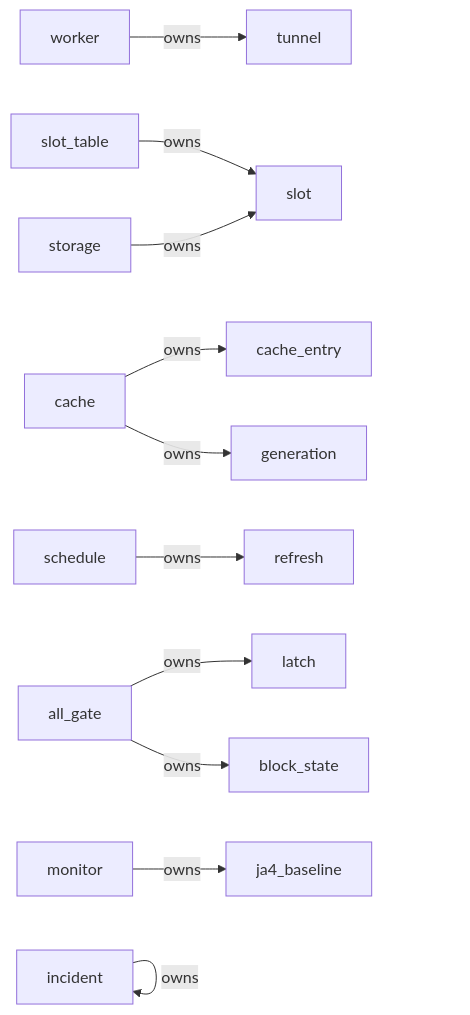
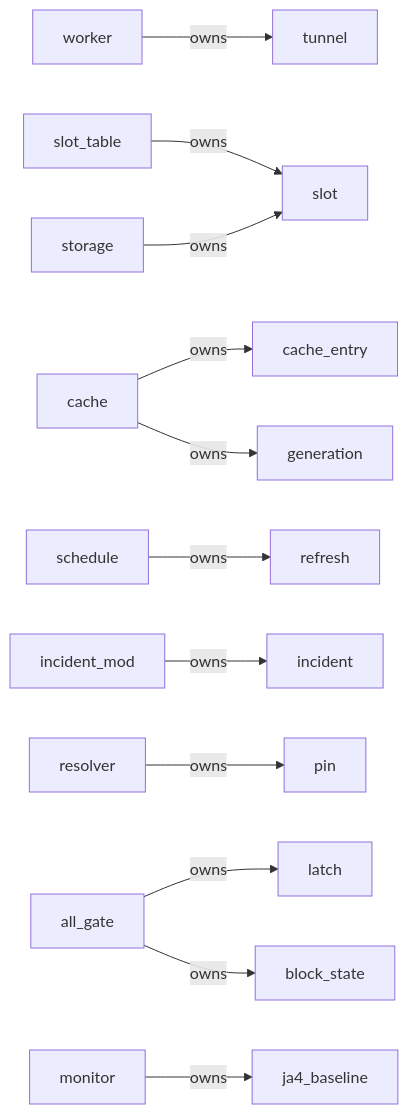
One commit to acje/alumina-proxy changed the fifth of 8 diagrams in docs/ontology.md. Above: the diagram before and after it, drawn with Mermaid. The commit also changed other lines of this file and 1 other file, not shown here.

````diff
--- a/docs/ontology.md
+++ b/docs/ontology.md
@@ -245,13 +246,14 @@
 ```mermaid
 flowchart LR
     worker -->|owns| tunnel
     slot_table -->|owns| slot
     cache -->|owns| cache_entry
     cache -->|owns| generation
     schedule -->|owns| refresh
-    incident -->|owns| incident
+    incident_mod -->|owns| incident
+    resolver -->|owns| pin
     all_gate -->|owns| latch
     all_gate -->|owns| block_state
     monitor -->|owns| ja4_baseline
     storage -->|owns| slot
 ```
````
